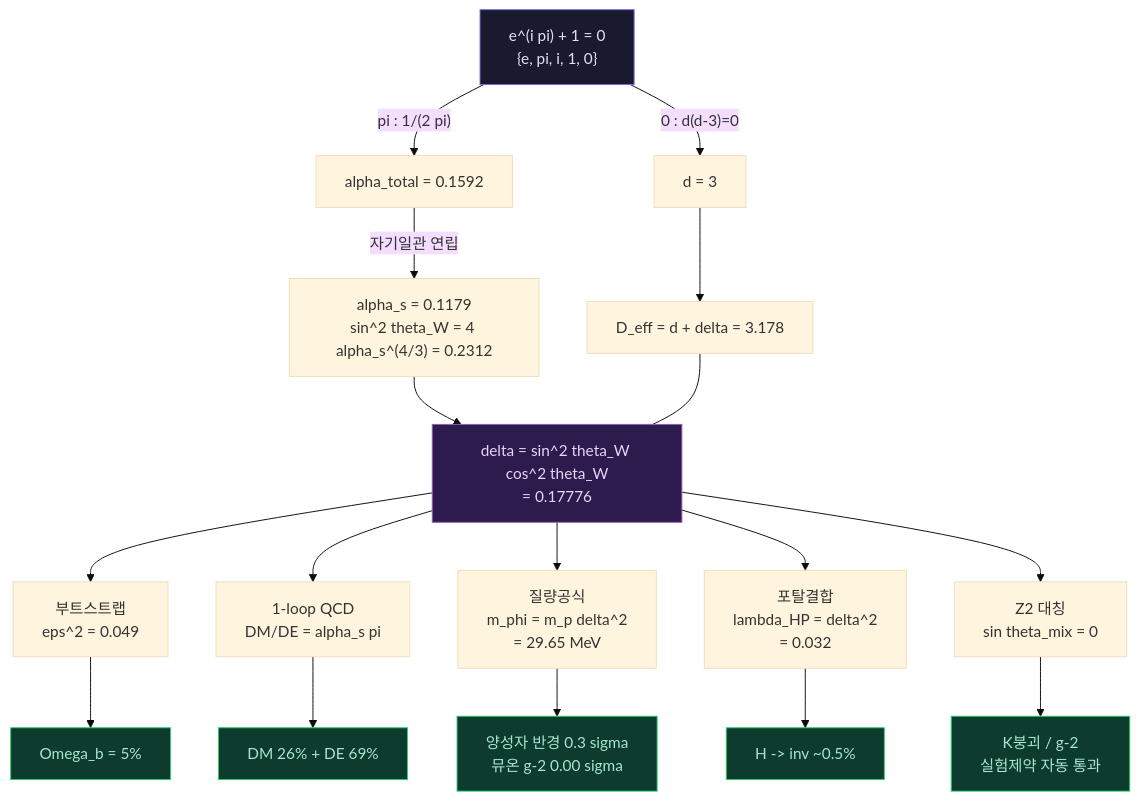
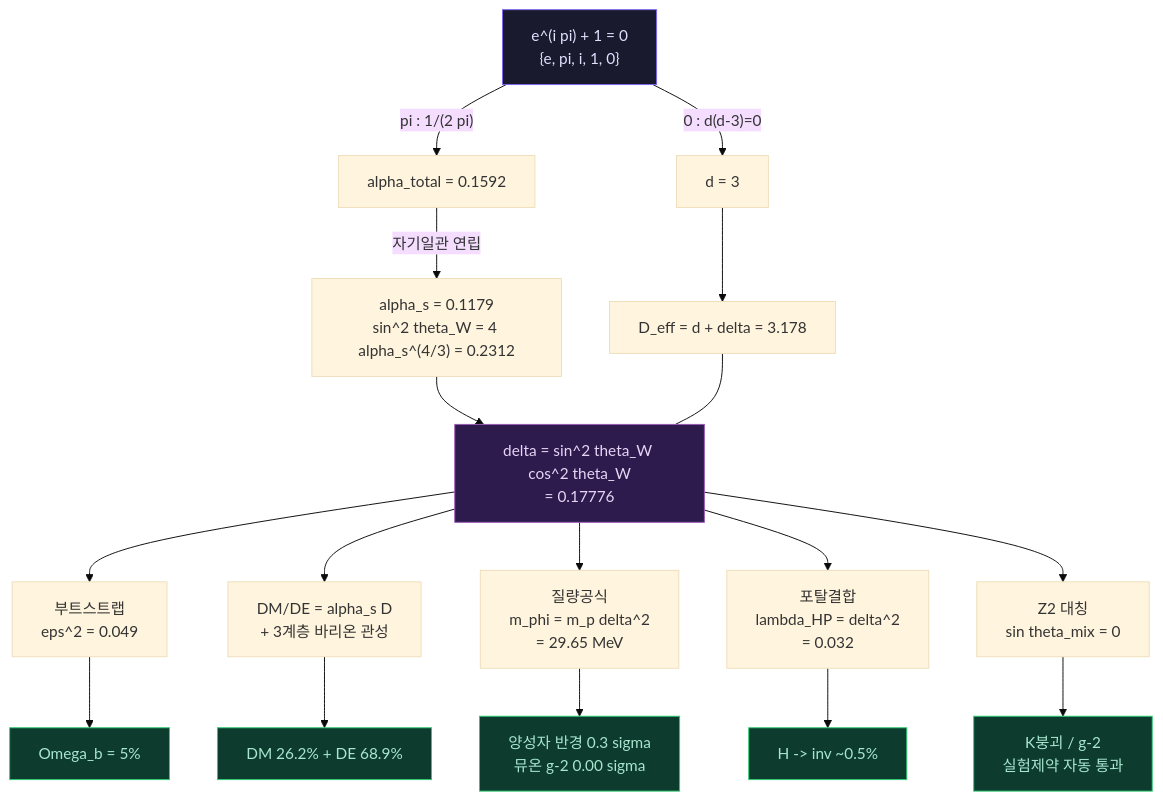
Before and after one commit to jigglypop/CE-BRAIN: the diagram in README.md, drawn with Mermaid (base theme). The commit also changed other lines of this file and 14 other files, not shown here.

````diff
--- a/README.md
+++ b/README.md
@@ -76,33 +76,33 @@
 ```mermaid
 graph TD
     E["e^(i pi) + 1 = 0<br/>{e, pi, i, 1, 0}"]
 
     E -->|"0 : d(d-3)=0"| D["d = 3"]
     E -->|"pi : 1/(2 pi)"| A["alpha_total = 0.1592"]
 
     A -->|"자기일관 연립"| AS["alpha_s = 0.1179<br/>sin^2 theta_W = 4 alpha_s^(4/3) = 0.2312"]
 
     D --> DEFF["D_eff = d + delta = 3.178"]
     AS --> DELTA["delta = sin^2 theta_W cos^2 theta_W<br/>= 0.17776"]
     DEFF --- DELTA
 
     DELTA --> BS["부트스트랩<br/>eps^2 = 0.049"]
-    DELTA --> QCD["1-loop QCD<br/>DM/DE = alpha_s pi"]
+    DELTA --> QCD["DM/DE = alpha_s D<br/>+ 3계층 바리온 관성"]
     DELTA --> MASS["질량공식<br/>m_phi = m_p delta^2<br/>= 29.65 MeV"]
     DELTA --> HP["포탈결합<br/>lambda_HP = delta^2<br/>= 0.032"]
     DELTA --> Z2["Z2 대칭<br/>sin theta_mix = 0"]
 
     BS --> OB["Omega_b = 5%"]
-    QCD --> DM["DM 26% + DE 69%"]
+    QCD --> DM["DM 26.2% + DE 68.9%"]
     MASS --> PR["양성자 반경 0.3 sigma<br/>뮤온 g-2 0.00 sigma"]
     HP --> HI["H -> inv ~0.5%"]
     Z2 --> EXP["K붕괴 / g-2<br/>실험제약 자동 통과"]
 
     style E fill:#1a1a2e,color:#e0e0ff,stroke:#7b68ee
     style DELTA fill:#2d1b4e,color:#e8d5f5,stroke:#9b59b6
     style OB fill:#0d3b2e,color:#a8e6cf,stroke:#2ecc71
     style DM fill:#0d3b2e,color:#a8e6cf,stroke:#2ecc71
     style PR fill:#0d3b2e,color:#a8e6cf,stroke:#2ecc71
     style HI fill:#0d3b2e,color:#a8e6cf,stroke:#2ecc71
     style EXP fill:#0d3b2e,color:#a8e6cf,stroke:#2ecc71
 ```
````
